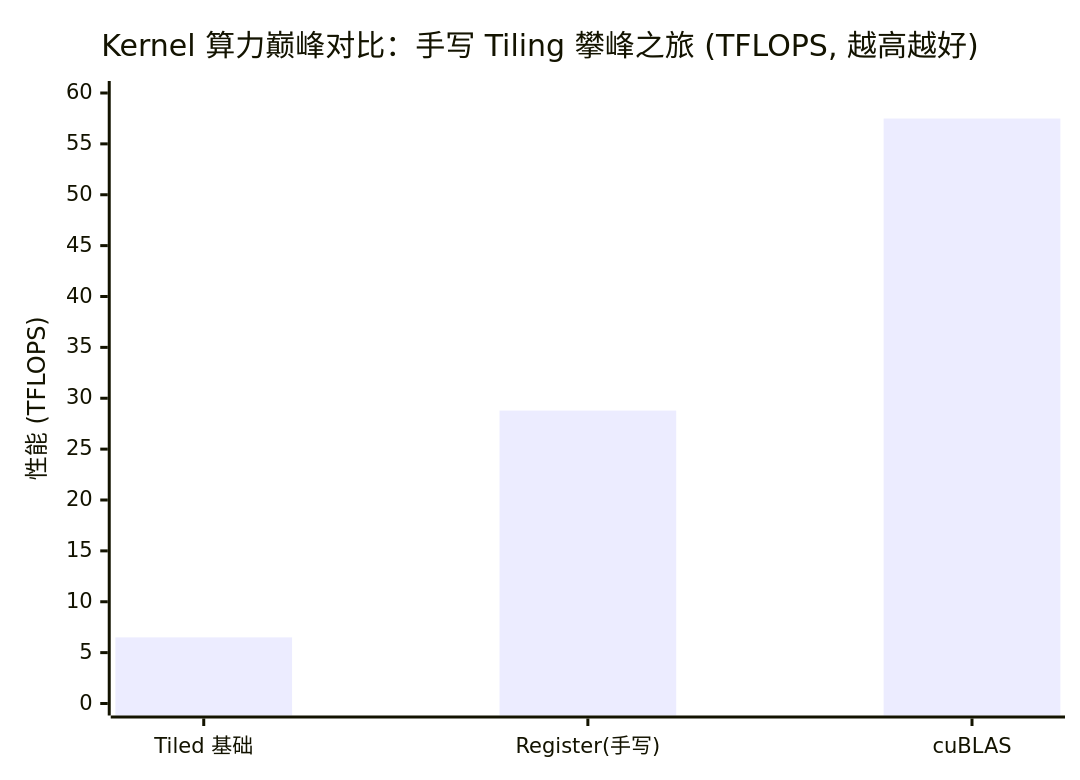
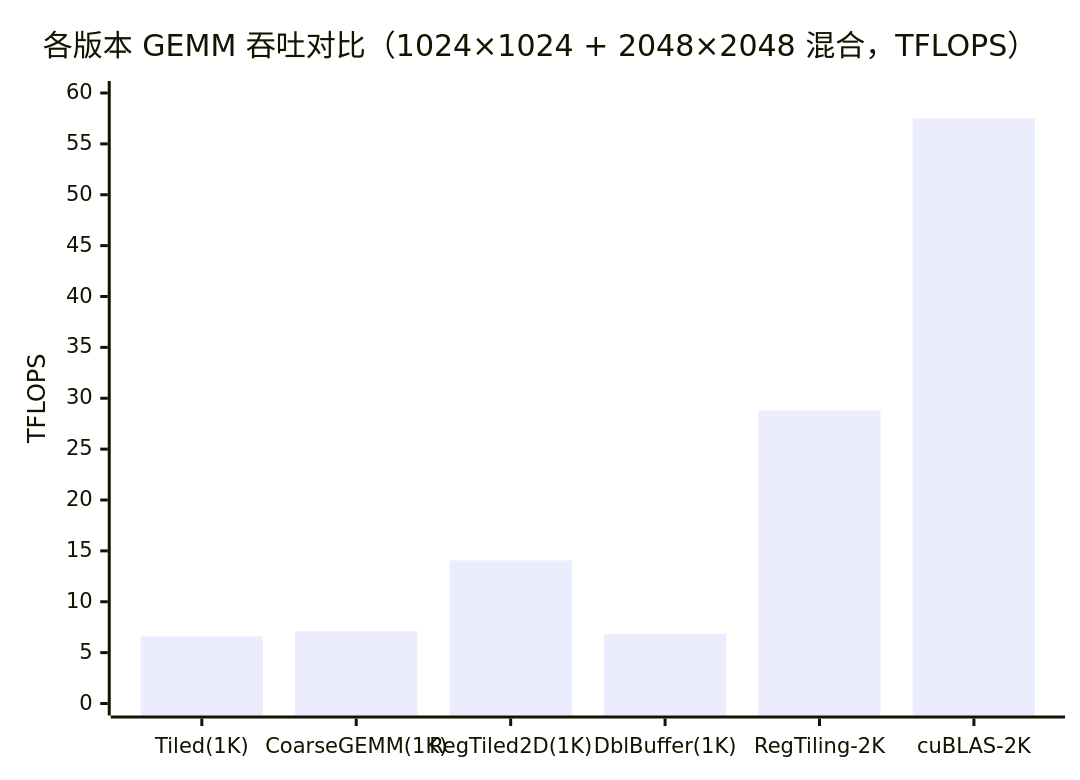
The second of 2 diagrams in 04_GEMM_Optimization/README.md (psmarter/CUDA-Practice), drawn with Mermaid before and after one commit. The commit also changed other lines of this file and 14 other files, not shown here.

`````diff
--- a/04_GEMM_Optimization/README.md
+++ b/04_GEMM_Optimization/README.md
@@ -152,7 +126,7 @@
-````mermaid
+```mermaid
 xychart-beta
-  title "Kernel 算力巅峰对比：手写 Tiling 攀峰之旅 (TFLOPS, 越高越好)"
-  x-axis ["Tiled 基础", "Register(手写)", "cuBLAS"]
-  y-axis "性能 (TFLOPS)" 0 --> 60
-  bar [6.5, 28.79, 57.49]
-````
+  title "各版本 GEMM 吞吐对比（1024×1024 + 2048×2048 混合，TFLOPS）"
+  x-axis ["Tiled(1K)", "CoarseGEMM(1K)", "RegTiled2D(1K)", "DblBuffer(1K)", "RegTiling-2K", "cuBLAS-2K"]
+  y-axis "TFLOPS" 0 --> 60
+  bar [6.59, 7.09, 14.06, 6.82, 28.79, 57.49]
+```
`````
